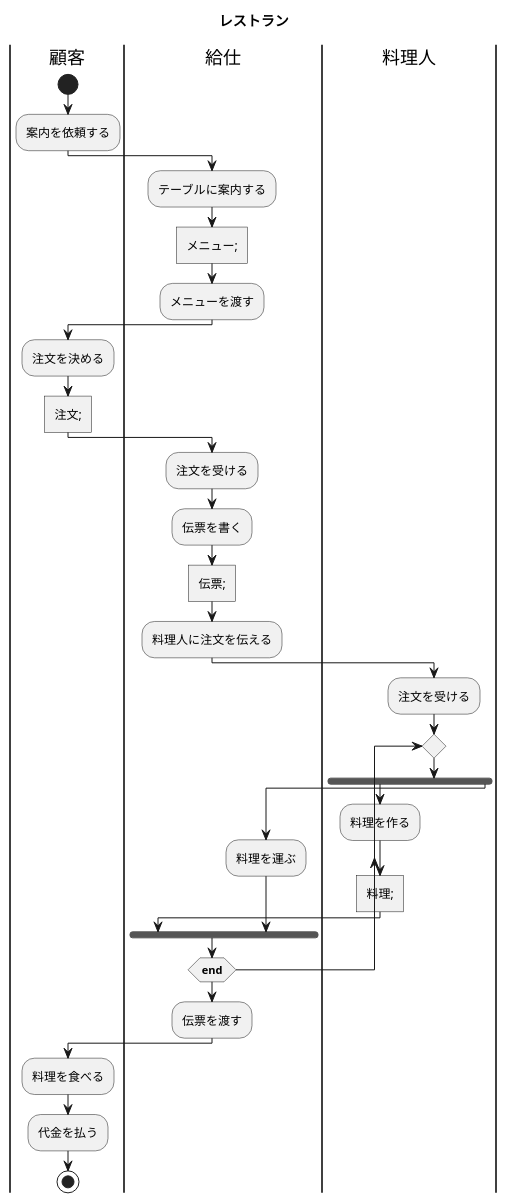
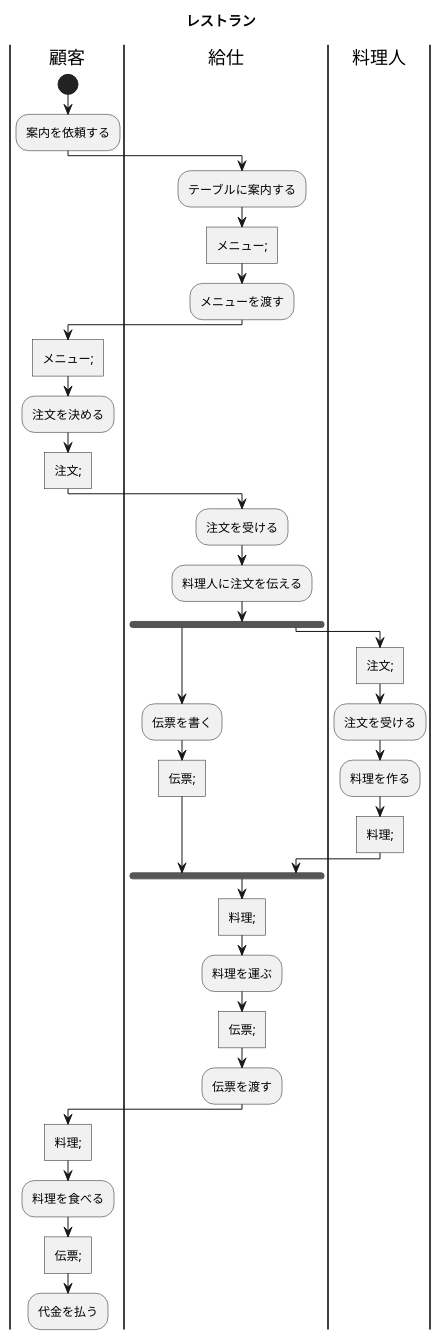
Before and after one commit to koha0516/uml-introduction: the diagram in 演習7-3_AC_レストランのアクティビティ図.pu, drawn with PlantUML.

Commit message:
修正

```diff
--- a/演習7-3_AC_レストランのアクティビティ図.pu
+++ b/演習7-3_AC_レストランのアクティビティ図.pu
@@ -1,35 +1,37 @@
 @startuml レストラン
 title レストラン
 |顧客|
 start
 :案内を依頼する;
 |給仕|
 :テーブルに案内する;
 :メニュー;]
 :メニューを渡す;
 |顧客|
+:メニュー;]
 :注文を決める;
 :注文;]
 |給仕|
 :注文を受ける;
+:料理人に注文を伝える;
+fork
 :伝票を書く;
 :伝票;]
-:料理人に注文を伝える;
+fork again
 |料理人|
+:注文;]
 :注文を受ける;
-repeat
-fork
-|料理人|
 :料理を作る;
 :料理;]
-fork again
 |給仕|
+end fork
+:料理;]
 :料理を運ぶ;
-end fork
-repeatwhile (<b>end)
+:伝票;]
 :伝票を渡す;
 |顧客|
+:料理;]
 :料理を食べる;
+:伝票;]
 :代金を払う;
-stop
 @enduml
```
